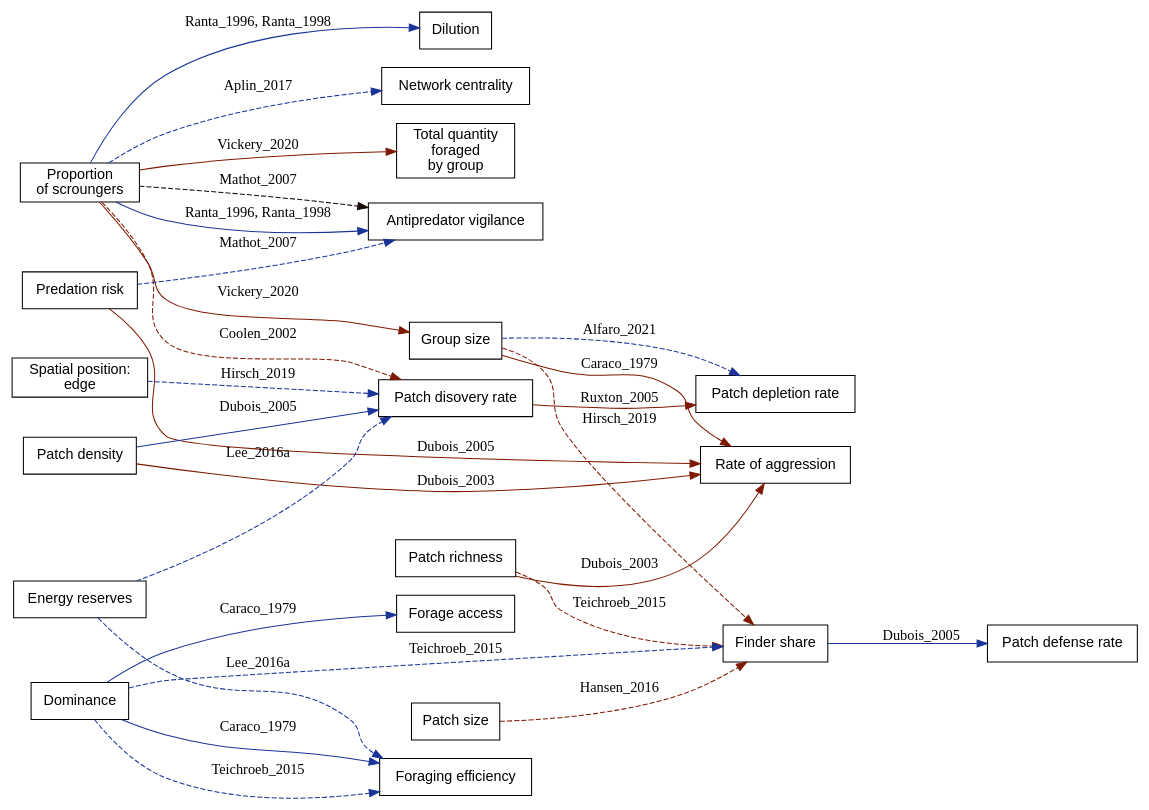
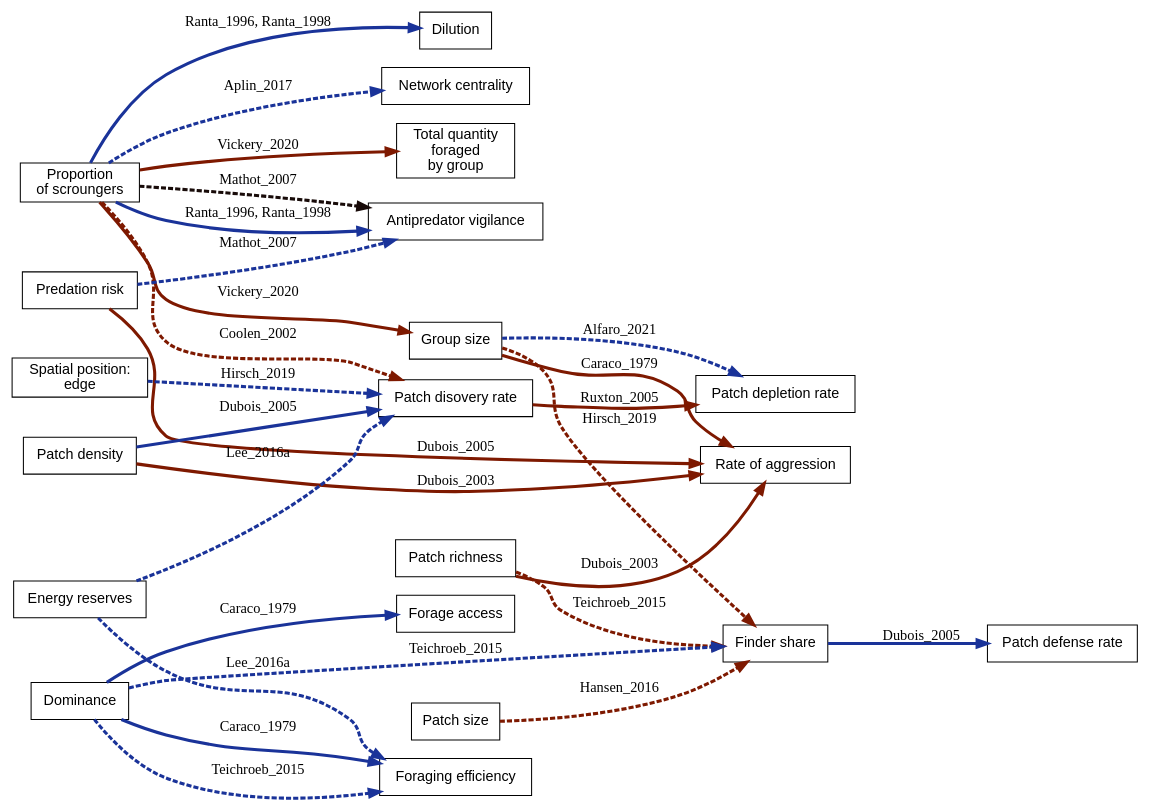
Before and after one commit to robitalec/comprehensive-exam: the diagram in gv/producer-effects.gv, drawn with Graphviz. The commit also changed 2 other files, not shown here.

Commit message:
penwidth

```diff
--- a/gv/producer-effects.gv
+++ b/gv/producer-effects.gv
@@ -3,6 +3,7 @@
   graph [fontsize = 12]
   rankdir = LR
 	node [shape = box, fontname = Helvetica]
+	edge [penwidth = 3]
 
 	// Ranks ---------------------------------------------------
 	{rank = same
```
